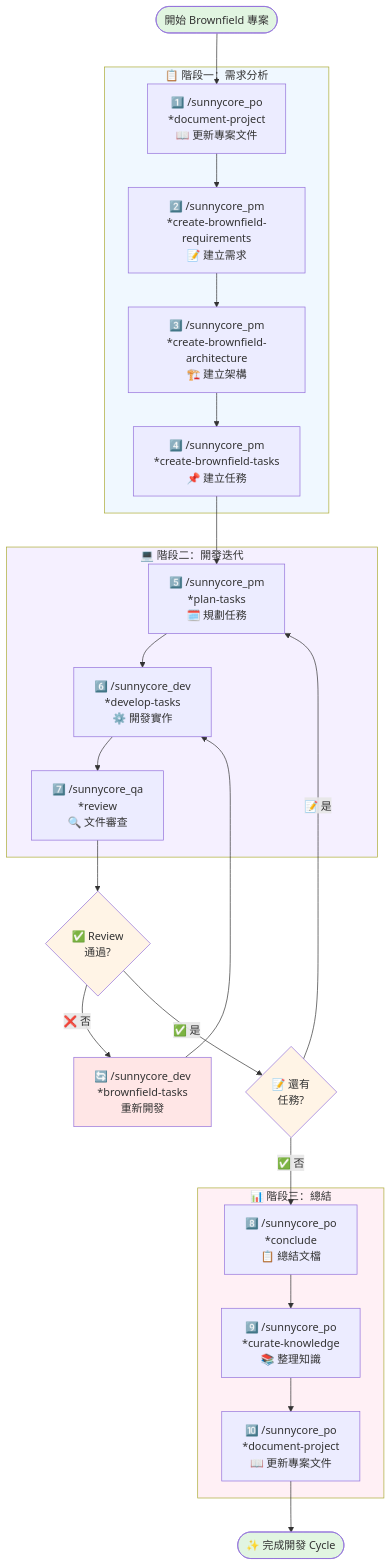
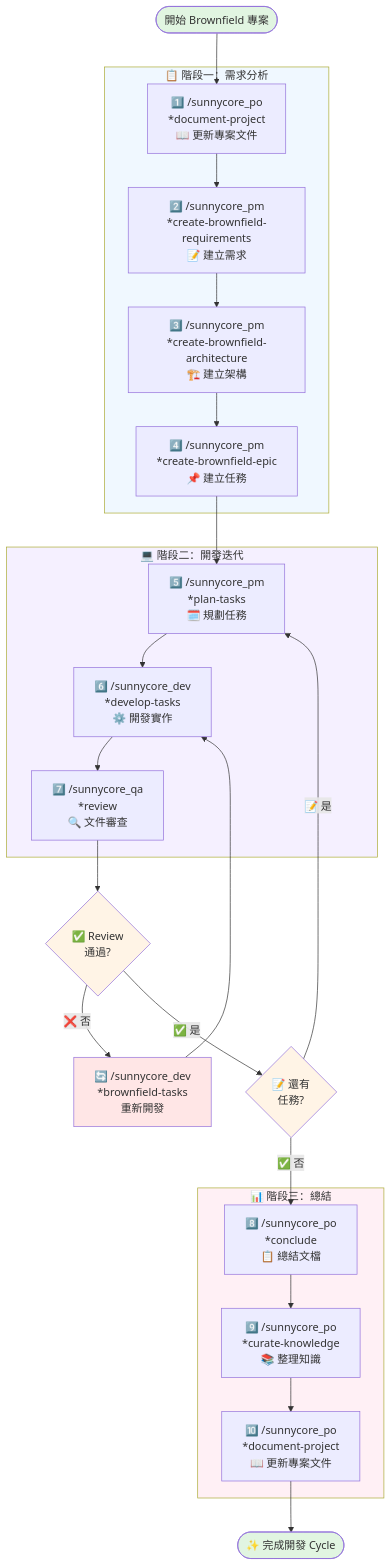
The second of 2 diagrams in claude code/README.md (Yamiyorunoshura/sunnycore), drawn with Mermaid before and after one commit. The commit also changed other lines of this file and 6 other files, not shown here.

First line of the commit message:
refactor(commands): rename create-tasks to create-epic

````diff
--- a/claude code/README.md
+++ b/claude code/README.md
@@ -169,50 +169,50 @@
 ```mermaid
 flowchart TD
     Start([開始 Brownfield 專案]) --> A0
     
     subgraph Phase1 ["📋 階段一：需求分析"]
         A0["1️⃣ /sunnycore_po<br/>*document-project<br/>📖 更新專案文件"]
         A1["2️⃣ /sunnycore_pm<br/>*create-brownfield-requirements<br/>📝 建立需求"]
         A2["3️⃣ /sunnycore_pm<br/>*create-brownfield-architecture<br/>🏗️ 建立架構"]
-        A3["4️⃣ /sunnycore_pm<br/>*create-brownfield-tasks<br/>📌 建立任務"]
+        A3["4️⃣ /sunnycore_pm<br/>*create-brownfield-epic<br/>📌 建立任務"]
         A0 --> A1 --> A2 --> A3
     end
     
     subgraph Phase2 ["💻 階段二：開發迭代"]
         B1["5️⃣ /sunnycore_pm<br/>*plan-tasks<br/>🗓️ 規劃任務"]
         B2["6️⃣ /sunnycore_dev<br/>*develop-tasks<br/>⚙️ 開發實作"]
         B3["7️⃣ /sunnycore_qa<br/>*review<br/>🔍 文件審查"]
         B1 --> B2 --> B3
     end
     
     D1{"✅ Review<br/>通過?"}
     D2{"📝 還有<br/>任務?"}
     R1["🔄 /sunnycore_dev<br/>*brownfield-tasks<br/>重新開發"]
     
     subgraph Phase3 ["📊 階段三：總結"]
         C1["8️⃣ /sunnycore_po<br/>*conclude<br/>📋 總結文檔"]
         C2["9️⃣ /sunnycore_po<br/>*curate-knowledge<br/>📚 整理知識"]
         C3["🔟 /sunnycore_po<br/>*document-project<br/>📖 更新專案文件"]
         C1 --> C2 --> C3
     end
     
     Done([✨ 完成開發 Cycle])
     
     A3 --> B1
     B3 --> D1
     D1 -->|"❌ 否"| R1
     R1 --> B2
     D1 -->|"✅ 是"| D2
     D2 -->|"📝 是"| B1
     D2 -->|"✅ 否"| C1
     C3 --> Done
     
     style Start fill:#e1f5e1
     style Done fill:#e1f5e1
     style D1 fill:#fff4e6
     style D2 fill:#fff4e6
     style R1 fill:#ffe6e6
     style Phase1 fill:#f0f8ff
     style Phase2 fill:#f5f0ff
     style Phase3 fill:#fff0f5
 ```
````
